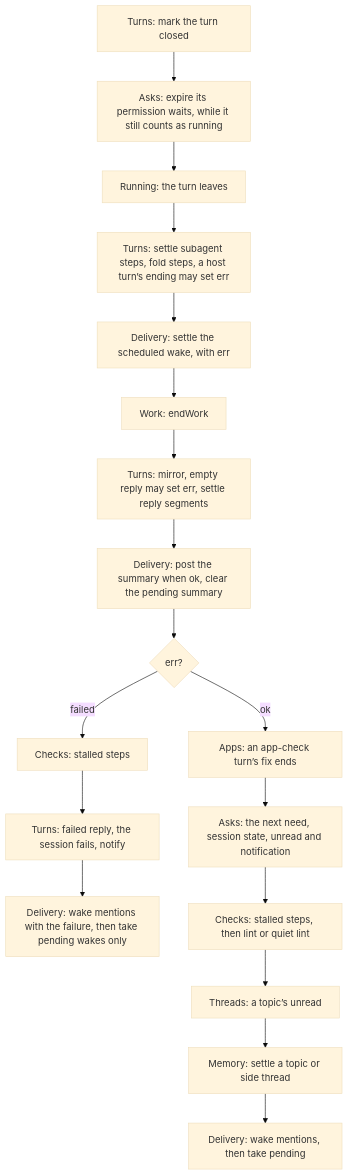
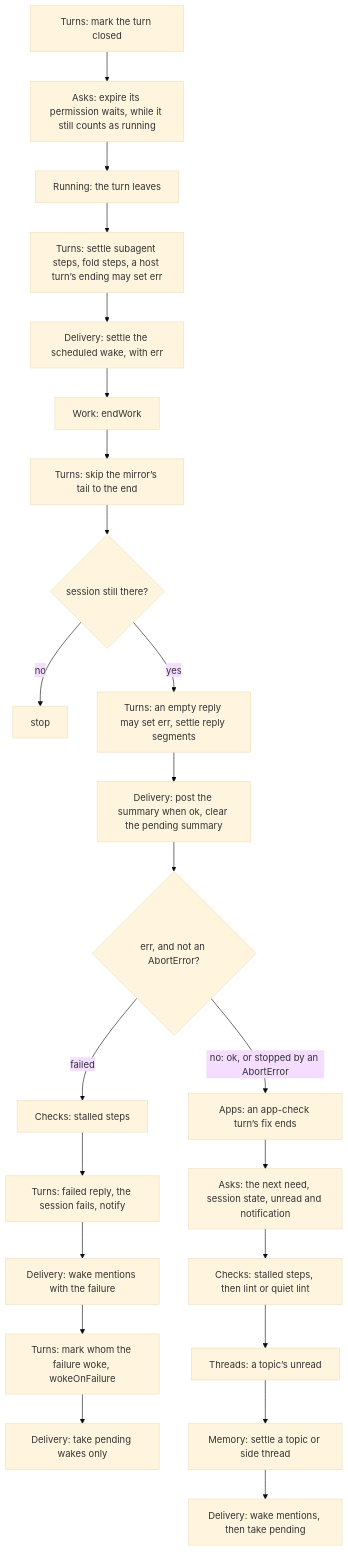
The third of 4 diagrams in designs/architecture/services.md (HJeon139/postbox), drawn with Mermaid (base theme) before and after one commit. The commit also changed other lines of this file, not shown here.

First line of the commit message:
docs(architecture): give Running the awaiting-attach set, and scan Runtime's own methods

````diff
--- a/designs/architecture/services.md
+++ b/designs/architecture/services.md
@@ -264,20 +268,25 @@
 ```mermaid
 flowchart TD
   A[Turns: mark the turn closed] --> B[Asks: expire its permission waits, while it still counts as running]
   B --> C[Running: the turn leaves]
   C --> D[Turns: settle subagent steps, fold steps, a host turn’s ending may set err]
   D --> E[Delivery: settle the scheduled wake, with err]
   E --> F[Work: endWork]
-  F --> G[Turns: mirror, empty reply may set err, settle reply segments]
+  F --> G0[Turns: skip the mirror’s tail to the end]
+  G0 --> S{session still there?}
+  S -->|no| Z[stop]
+  S -->|yes| G[Turns: an empty reply may set err, settle reply segments]
   G --> H[Delivery: post the summary when ok, clear the pending summary]
-  H --> I{err?}
+  H --> I{err, and not an AbortError?}
   I -->|failed| J[Checks: stalled steps]
   J --> K[Turns: failed reply, the session fails, notify]
-  K --> L[Delivery: wake mentions with the failure, then take pending wakes only]
-  I -->|ok| M[Apps: an app-check turn’s fix ends]
+  K --> L[Delivery: wake mentions with the failure]
+  L --> L2[Turns: mark whom the failure woke, wokeOnFailure]
+  L2 --> L3[Delivery: take pending wakes only]
+  I -->|no: ok, or stopped by an AbortError| M[Apps: an app-check turn’s fix ends]
   M --> N[Asks: the next need, session state, unread and notification]
   N --> O[Checks: stalled steps, then lint or quiet lint]
   O --> P[Threads: a topic’s unread]
   P --> Q[Memory: settle a topic or side thread]
   Q --> R[Delivery: wake mentions, then take pending]
 ```
````
